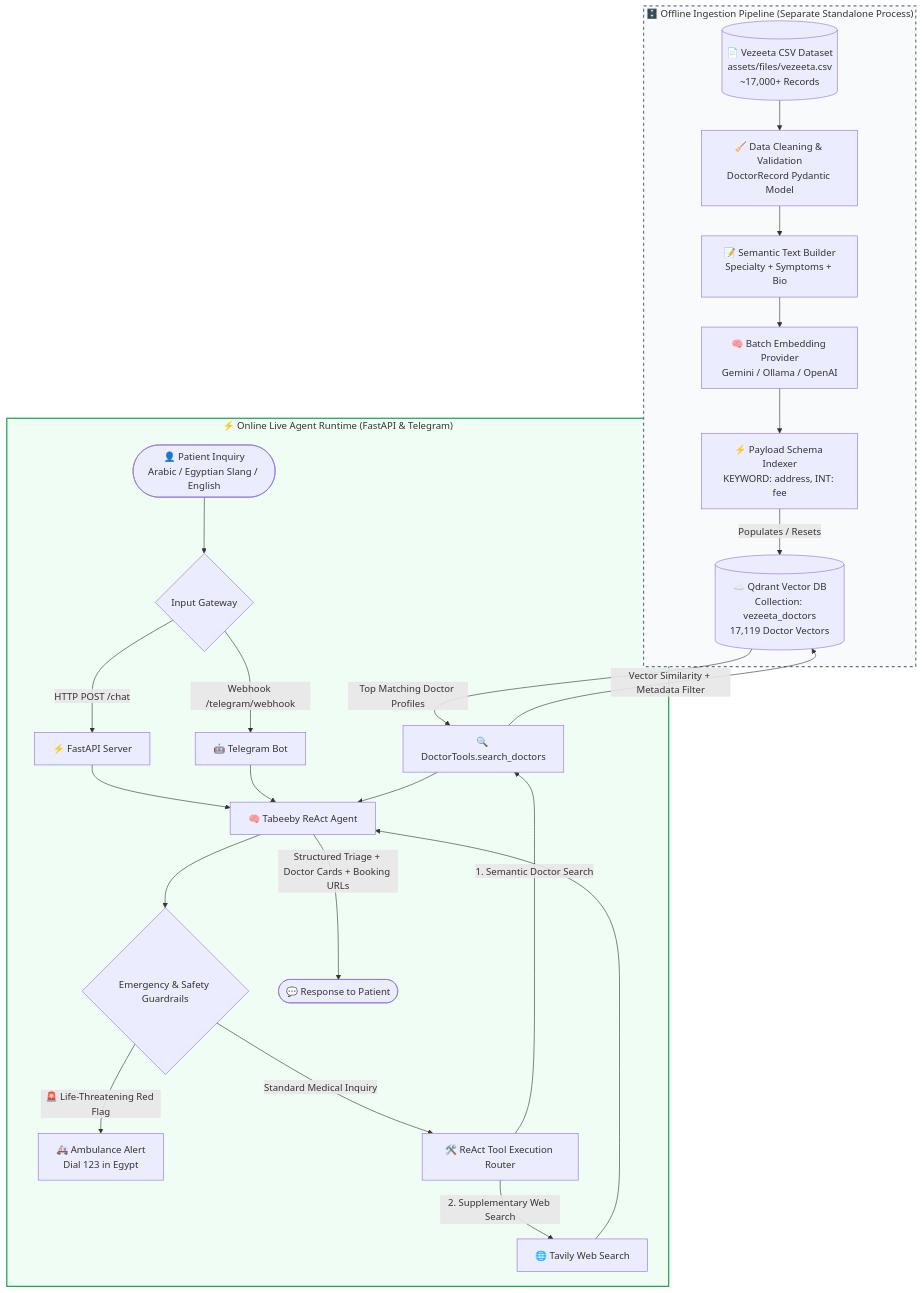
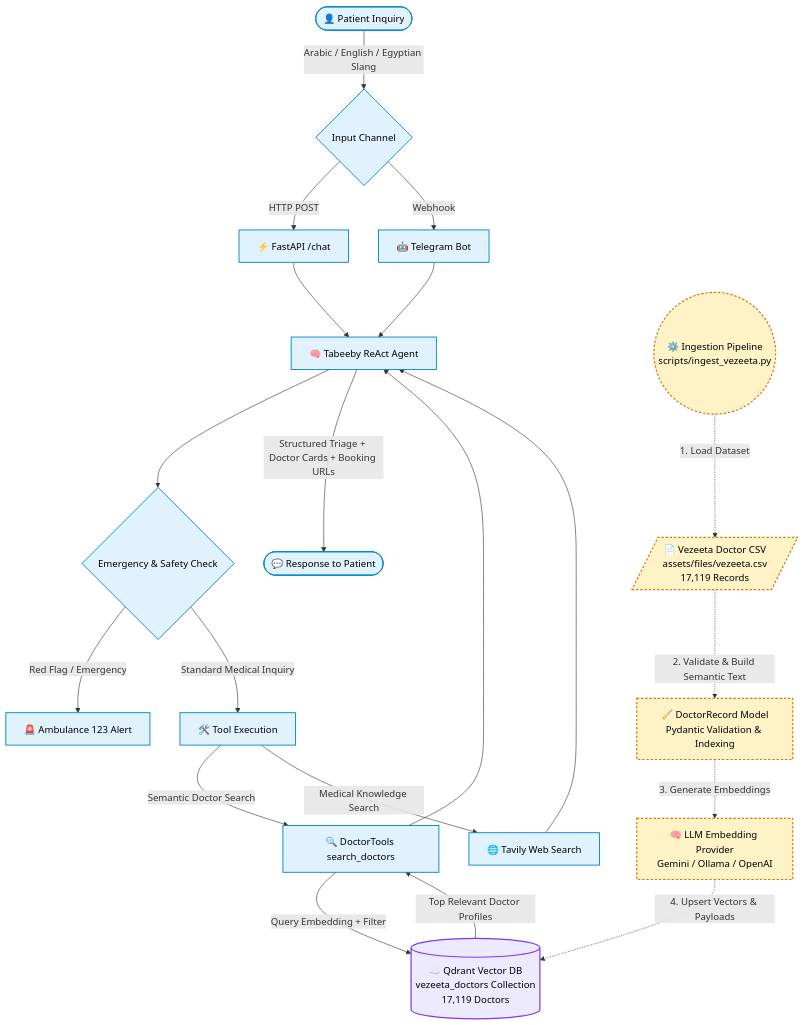
One commit to amr10w/Tabeeby-Agent changed the diagram in README.md. Above: the diagram before and after it, drawn with Mermaid.

Commit message:
refactor: update flowchart for patient inquiry and ingestion pipeline clarity

````diff
--- a/README.md
+++ b/README.md
@@ -53,41 +53,39 @@
 ```mermaid
 flowchart TD
-    %% Offline Pipeline Subgraph
-    subgraph Offline["🗄️ Offline Ingestion Pipeline (Separate Standalone Process)"]
-        CSV[("📄 Vezeeta CSV Dataset<br/>assets/files/vezeeta.csv<br/>~17,000+ Records")] --> Clean["🧹 Data Cleaning & Validation<br/>DoctorRecord Pydantic Model"]
-        Clean --> Builder["📝 Semantic Text Builder<br/>Specialty + Symptoms + Bio"]
-        Builder --> Embedder["🧠 Batch Embedding Provider<br/>Gemini / Ollama / OpenAI"]
-        Embedder --> Indexer["⚡ Payload Schema Indexer<br/>KEYWORD: address, INT: fee"]
-        Indexer -->|Populates / Resets| QdrantDB[("☁️ Qdrant Vector DB<br/>Collection: vezeeta_doctors<br/>17,119 Doctor Vectors")]
-    end
+    User([👤 Patient Inquiry]) -->|Arabic / English / Egyptian Slang| Gateway{Input Channel}
+    Gateway -->|HTTP POST| FastAPI[⚡ FastAPI /chat]
+    Gateway -->|Webhook| Telegram[🤖 Telegram Bot]
+    
+    FastAPI --> Agent[🧠 Tabeeby ReAct Agent]
+    Telegram --> Agent
+    
+    Agent --> Guardrail{Emergency & Safety Check}
+    Guardrail -->|Red Flag / Emergency| EMS[🚨 Ambulance 123 Alert]
+    Guardrail -->|Standard Medical Inquiry| ToolRouter[🛠️ Tool Execution]
+    
+    ToolRouter -->|Semantic Doctor Search| VectorSearch[🔍 DoctorTools search_doctors]
+    ToolRouter -->|Medical Knowledge Search| WebSearch[🌐 Tavily Web Search]
+    
+    VectorSearch -->|Query Embedding + Filter| Qdrant[("☁️ Qdrant Vector DB<br/>vezeeta_doctors Collection<br/>17,119 Doctors")]
+    Qdrant -->|Top Relevant Doctor Profiles| VectorSearch
+    
+    VectorSearch --> Agent
+    WebSearch --> Agent
+    
+    Agent -->|Structured Triage + Doctor Cards + Booking URLs| Response([💬 Response to Patient])
 
-    %% Online Runtime Subgraph
-    subgraph Online["⚡ Online Live Agent Runtime (FastAPI & Telegram)"]
-        User(["👤 Patient Inquiry<br/>Arabic / Egyptian Slang / English"]) --> Gateway{"Input Gateway"}
-        Gateway -->|HTTP POST /chat| FastAPI["⚡ FastAPI Server"]
-        Gateway -->|Webhook /telegram/webhook| TelegramBot["🤖 Telegram Bot"]
+    %% ==== Offline Ingestion Pipeline (Separate Process) ====
+    IngestStart(("⚙️ Ingestion Pipeline<br/>scripts/ingest_vezeeta.py")) -.->|1. Load Dataset| RawData[/"📄 Vezeeta Doctor CSV<br/>assets/files/vezeeta.csv<br/>17,119 Records"/]
+    RawData -.->|2. Validate & Build Semantic Text| CleanData["🧹 DoctorRecord Model<br/>Pydantic Validation & Indexing"]
+    CleanData -.->|3. Generate Embeddings| Embed["🧠 LLM Embedding Provider<br/>Gemini / Ollama / OpenAI"]
+    Embed -.->|4. Upsert Vectors & Payloads| Qdrant
 
-        FastAPI --> Agent["🧠 Tabeeby ReAct Agent"]
-        TelegramBot --> Agent
+    %% Styling to visually separate the two worlds
+    classDef ingest fill:#fef3c7,stroke:#d97706,stroke-width:2px,stroke-dasharray: 4 3,color:#000;
+    classDef live fill:#e0f2fe,stroke:#0284c7,stroke-width:1.5px,color:#000;
+    classDef db fill:#ede9fe,stroke:#7c3aed,stroke-width:2px,color:#000;
 
-        Agent --> Guardrail{"Emergency & Safety Guardrails"}
-        Guardrail -->|🚨 Life-Threatening Red Flag| EMS["🚑 Ambulance Alert<br/>Dial 123 in Egypt"]
-        Guardrail -->|Standard Medical Inquiry| ToolRouter["🛠️ ReAct Tool Execution Router"]
-
-        ToolRouter -->|1. Semantic Doctor Search| DocTool["🔍 DoctorTools.search_doctors"]
-        ToolRouter -->|2. Supplementary Web Search| WebTool["🌐 Tavily Web Search"]
-
-        DocTool -->|Vector Similarity + Metadata Filter| QdrantDB
-        QdrantDB -->|Top Matching Doctor Profiles| DocTool
-
-        DocTool --> Agent
-        WebTool --> Agent
-
-        Agent -->|Structured Triage + Doctor Cards + Booking URLs| Response(["💬 Response to Patient"])
-    end
-
-    classDef offlineStyle fill:#f8fafc,stroke:#64748b,stroke-width:2px,stroke-dasharray: 5 5;
-    classDef onlineStyle fill:#f0fdf4,stroke:#16a34a,stroke-width:2px;
-    class Offline offlineStyle;
-    class Online onlineStyle;
+    class IngestStart,RawData,CleanData,Embed ingest
+    class User,Gateway,FastAPI,Telegram,Agent,Guardrail,ToolRouter,VectorSearch,WebSearch,EMS,Response live
+    class Qdrant db
 ```
````
